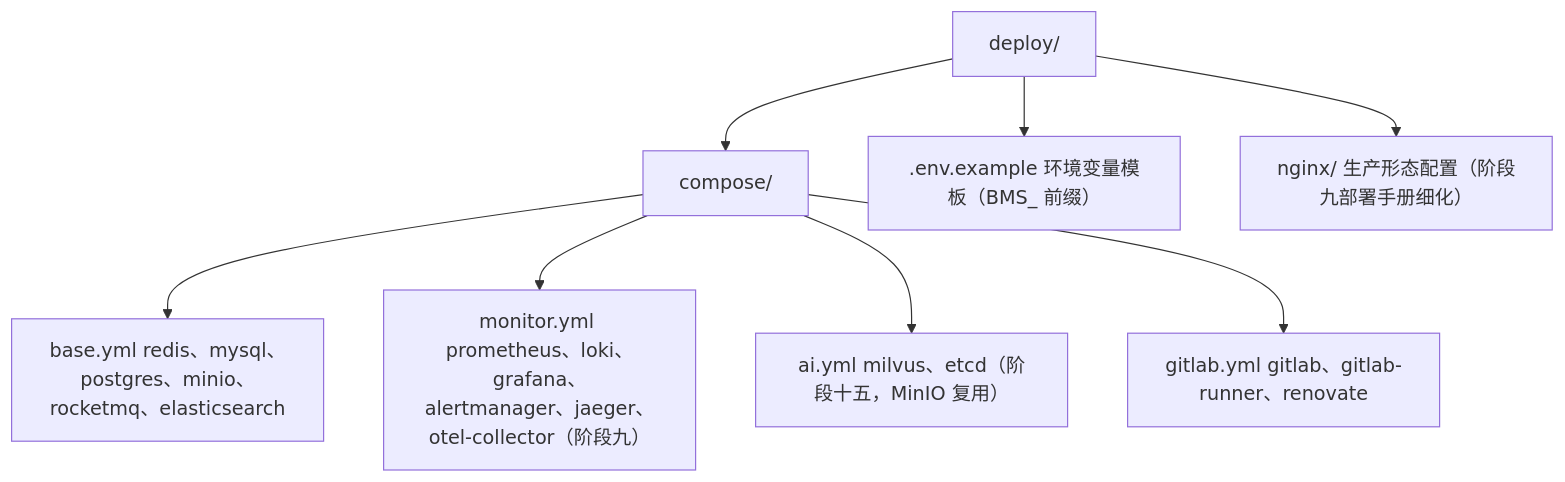
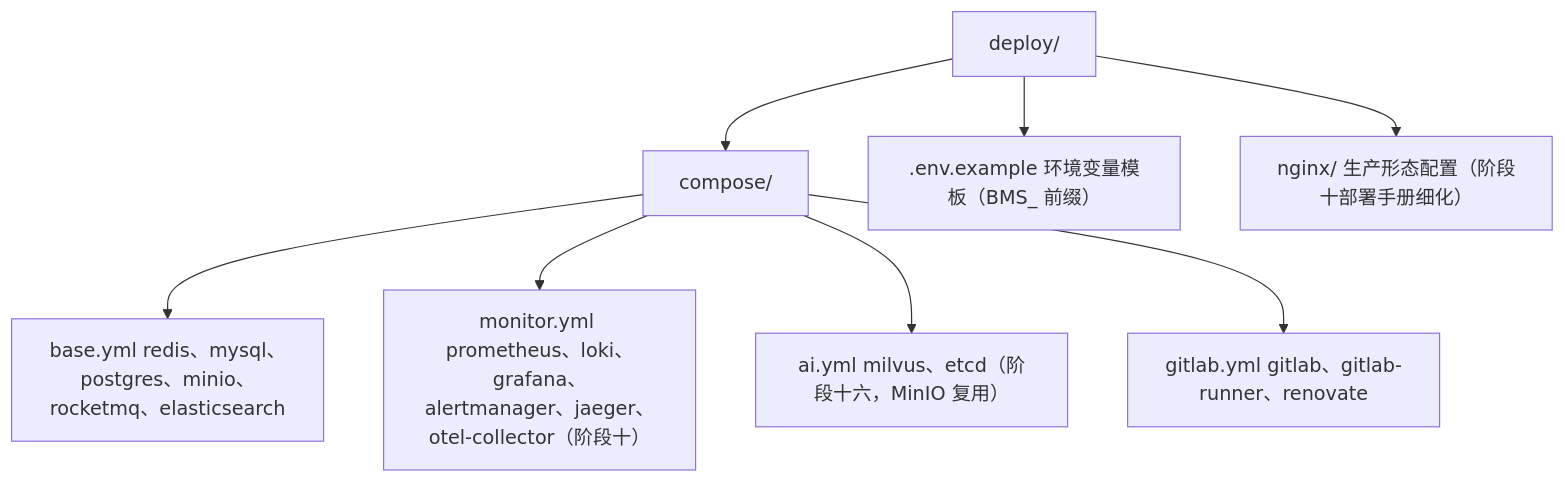
The diagram in bms文档/规划/开发部署规划.md (minjian123/basic-management-system), drawn with Mermaid before and after one commit. The commit also changed other lines of this file and 122 other files, not shown here.

````diff
--- a/bms文档/规划/开发部署规划.md
+++ b/bms文档/规划/开发部署规划.md
@@ -136,10 +136,10 @@
 ```mermaid
 graph TD
     A["deploy/"] --> B["compose/"]
     B --> B1["base.yml redis、mysql、postgres、minio、rocketmq、elasticsearch"]
-    B --> B2["monitor.yml prometheus、loki、grafana、alertmanager、jaeger、otel-collector（阶段九）"]
-    B --> B3["ai.yml milvus、etcd（阶段十五，MinIO 复用）"]
+    B --> B2["monitor.yml prometheus、loki、grafana、alertmanager、jaeger、otel-collector（阶段十）"]
+    B --> B3["ai.yml milvus、etcd（阶段十六，MinIO 复用）"]
     B --> B4["gitlab.yml gitlab、gitlab-runner、renovate"]
     A --> C[".env.example 环境变量模板（BMS_ 前缀）"]
-    A --> D["nginx/ 生产形态配置（阶段九部署手册细化）"]
+    A --> D["nginx/ 生产形态配置（阶段十部署手册细化）"]
 ```
````
